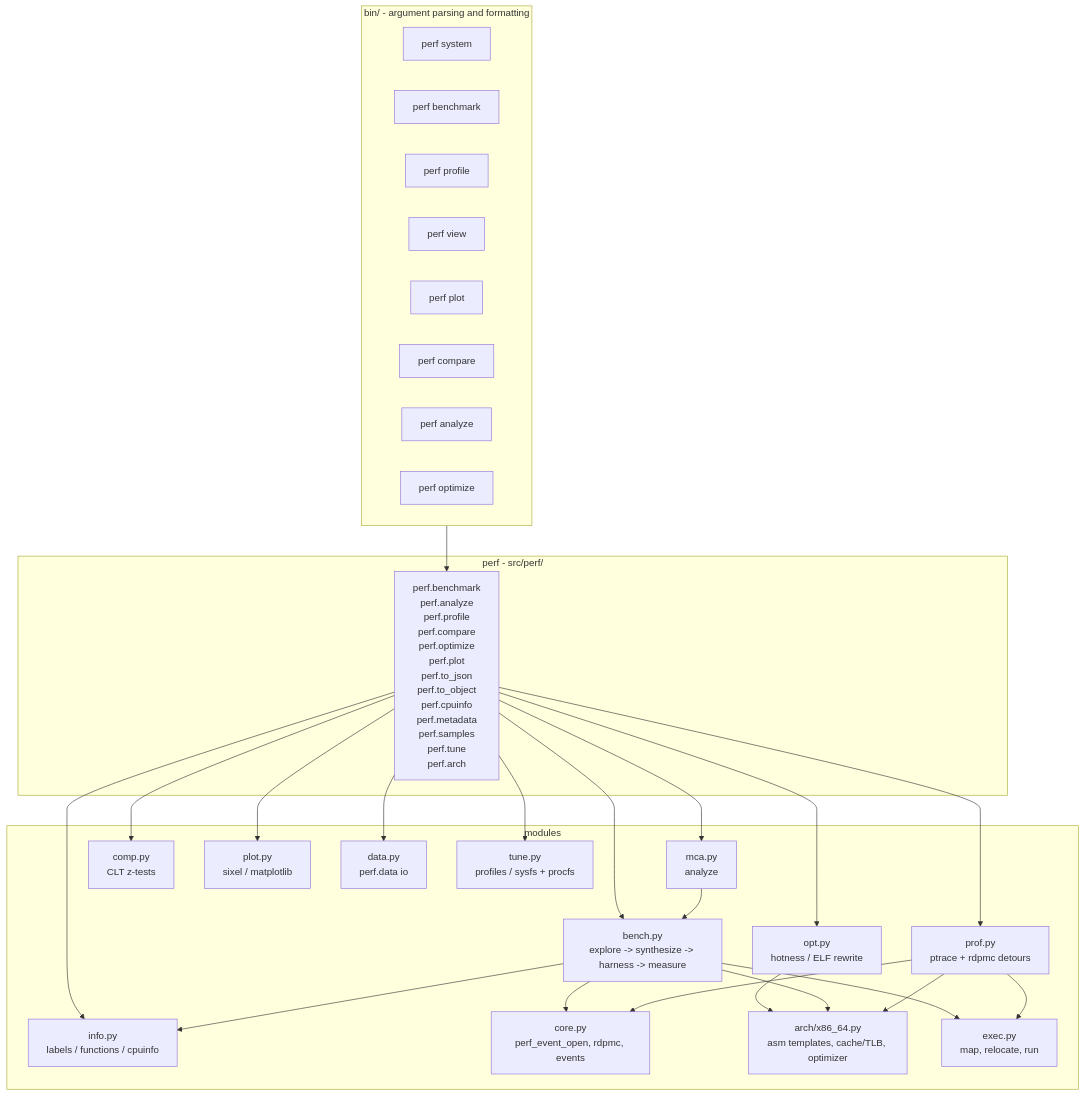
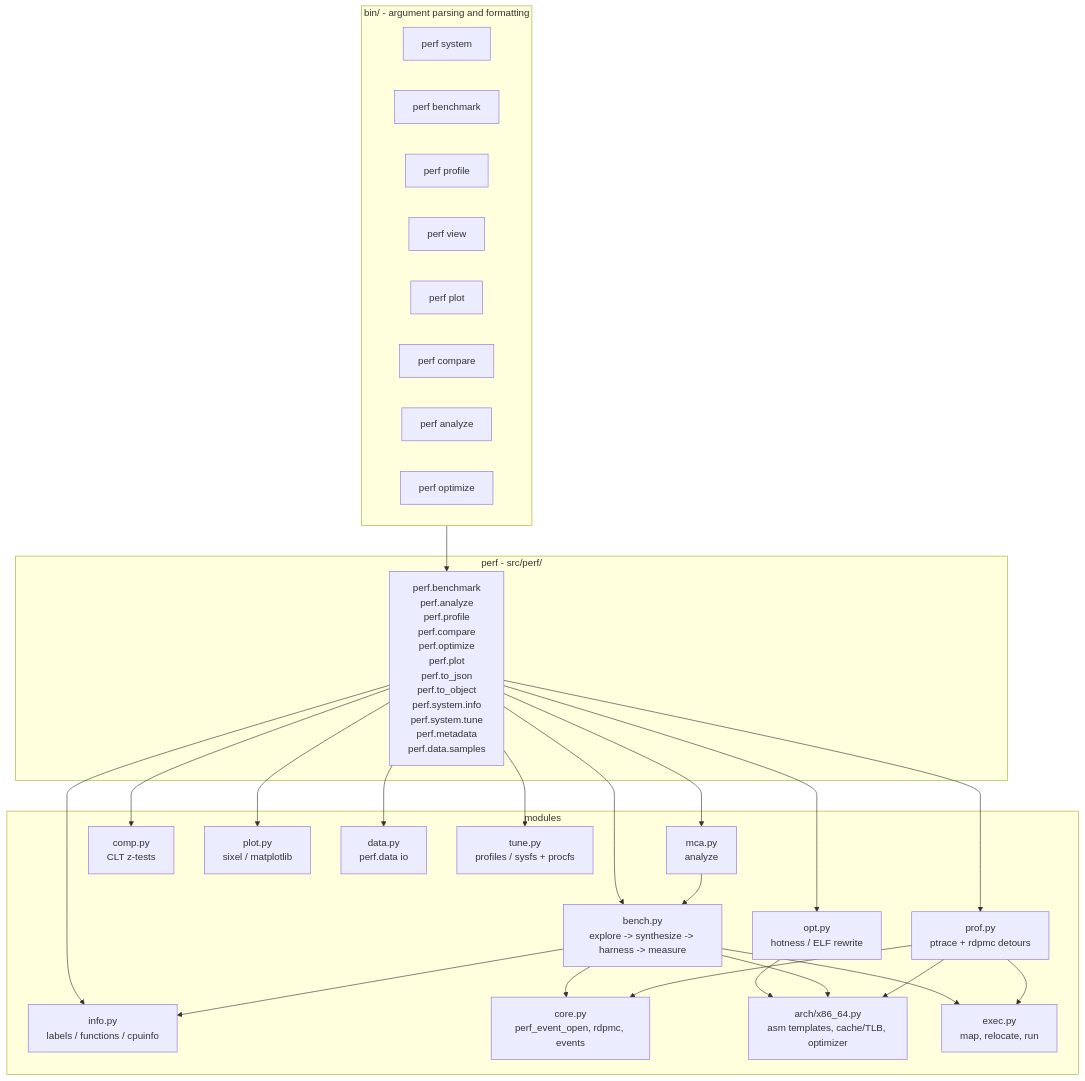
Before and after one commit to perf-labs/perf: the first of 2 diagrams in src/README.md, drawn with Mermaid. The commit also changed other lines of this file and 107 other files, not shown here.

````diff
--- a/src/README.md
+++ b/src/README.md
@@ -7,49 +7,49 @@
 ```mermaid
 flowchart TD
     subgraph cli["bin/ - argument parsing and formatting"]
         info[perf system]
         bench[perf benchmark]
         prof[perf profile]
         view[perf view]
         plot[perf plot]
         comp[perf compare]
         analyze[perf analyze]
         optimize[perf optimize]
     end
     subgraph lib["perf - src/perf/"]
-        api["perf.benchmark<br/>perf.analyze<br/>perf.profile<br/>perf.compare<br/>perf.optimize<br/>perf.plot<br/>perf.to_json<br/>perf.to_object<br/>perf.cpuinfo<br/>perf.metadata<br/>perf.samples<br/>perf.tune<br/>perf.arch"]
+        api["perf.benchmark<br/>perf.analyze<br/>perf.profile<br/>perf.compare<br/>perf.optimize<br/>perf.plot<br/>perf.to_json<br/>perf.to_object<br/>perf.system.info<br/>perf.system.tune<br/>perf.metadata<br/>perf.data.samples"]
     end
     subgraph core["modules"]
         bench_m["bench.py<br/>explore -> synthesize -> harness -> measure"]
         mca_m["mca.py<br/>analyze"]
         opt_m["opt.py<br/>hotness / ELF rewrite"]
         prof_m["prof.py<br/>ptrace + rdpmc detours"]
         comp_m["comp.py<br/>CLT z-tests"]
         plot_m["plot.py<br/>sixel / matplotlib"]
         data_m["data.py<br/>perf.data io"]
         info_m["info.py<br/>labels / functions / cpuinfo"]
         tune_m["tune.py<br/>profiles / sysfs + procfs"]
         core_m["core.py<br/>perf_event_open, rdpmc, events"]
         arch_m["arch/x86_64.py<br/>asm templates, cache/TLB, optimizer"]
         elf_m["exec.py<br/>map, relocate, run"]
     end
     cli --> api
     api --> bench_m
     api --> mca_m
     api --> opt_m
     api --> prof_m
     api --> comp_m
     api --> plot_m
     api --> data_m
     api --> info_m
     api --> tune_m
     opt_m --> arch_m
     bench_m --> core_m
     bench_m --> arch_m
     bench_m --> elf_m
     bench_m --> info_m
     mca_m --> bench_m
     prof_m --> core_m
     prof_m --> arch_m
     prof_m --> elf_m
 ```
````
